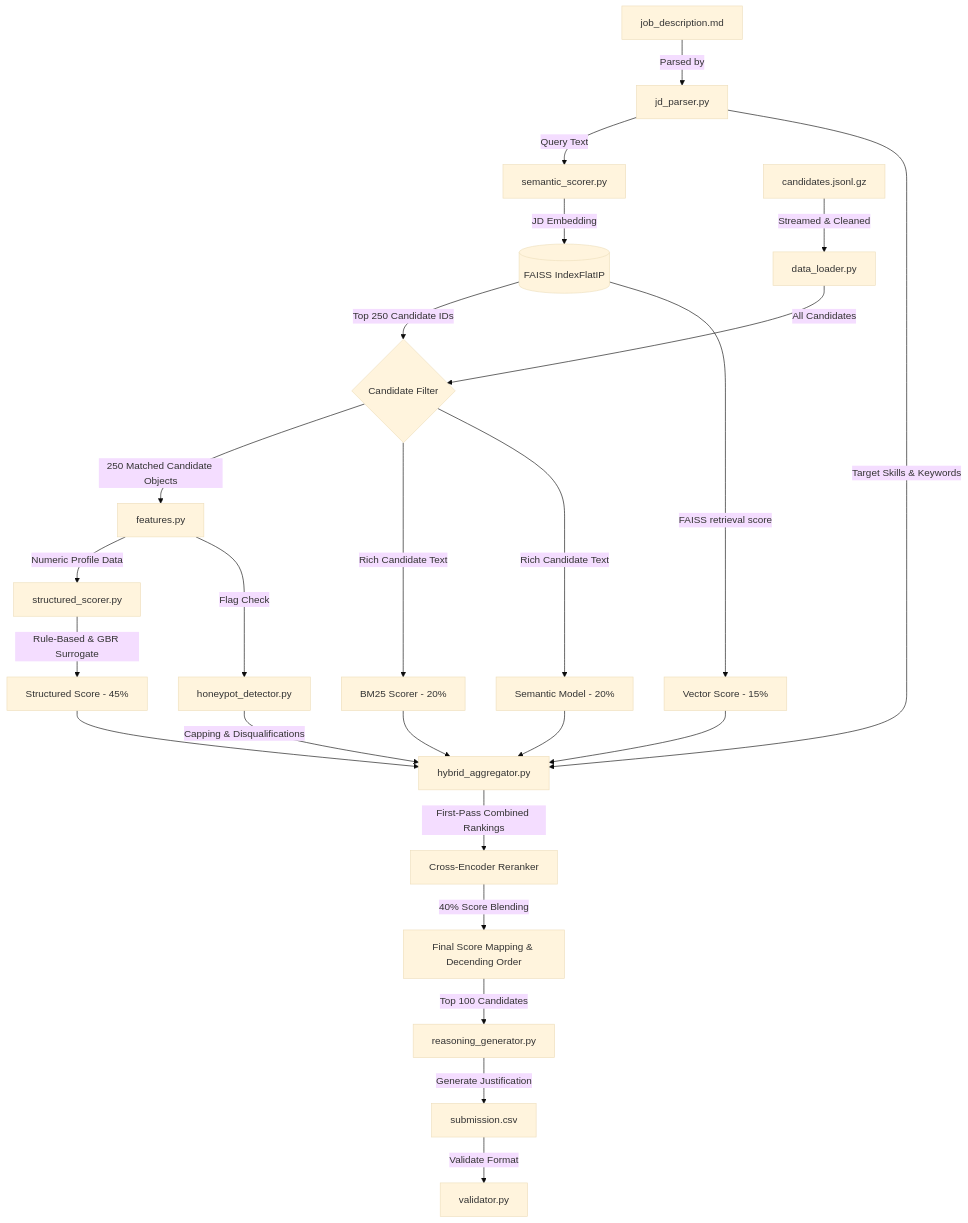
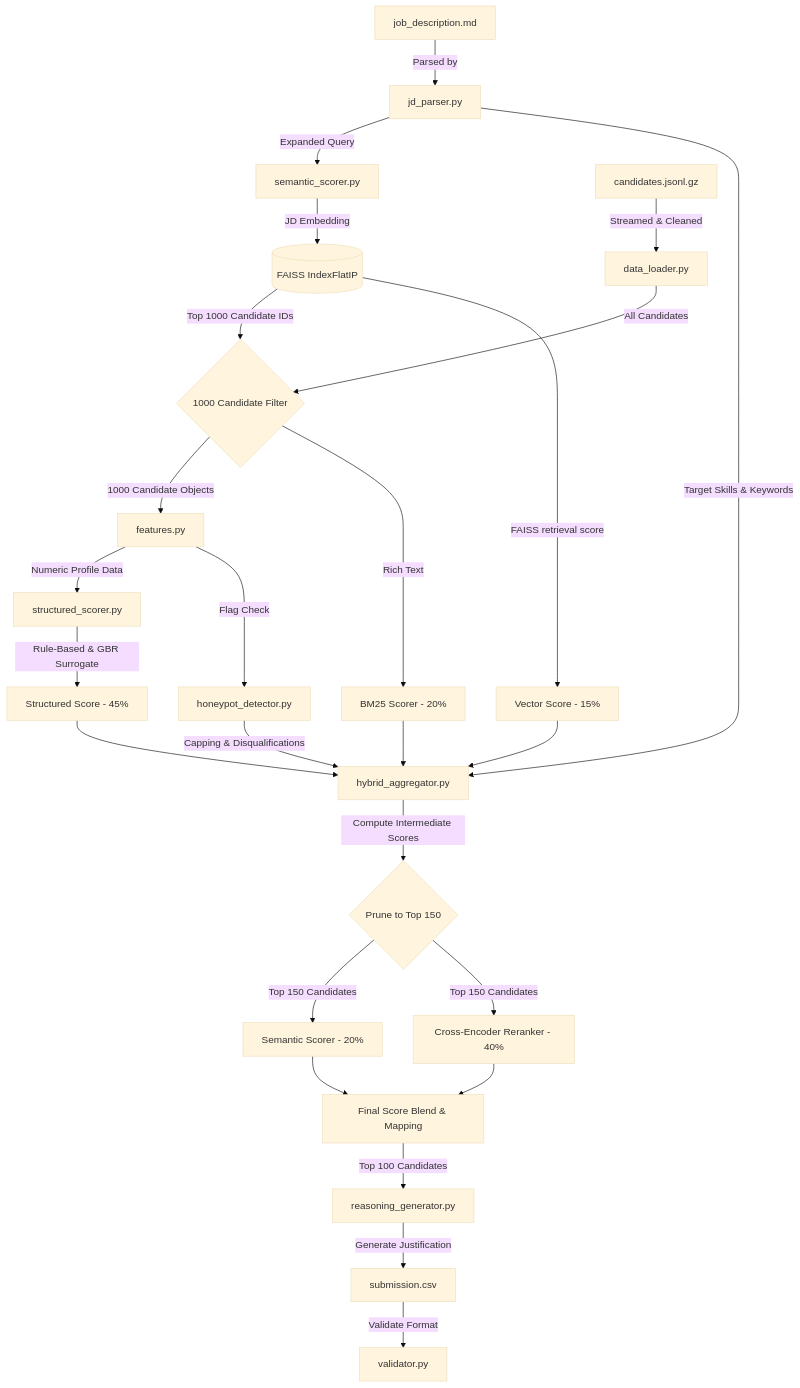
Before and after one commit to GVN2307/IndiaRuns: the diagram in ARCHITECTURE.md, drawn with Mermaid (base theme). The commit also changed 2 other files, not shown here.

Commit message:
Update architecture documentation and add a comprehensive SYSTEM_MANUAL.md

````diff
--- a/ARCHITECTURE.md
+++ b/ARCHITECTURE.md
@@ -37,43 +37,45 @@
 ```mermaid
 graph TD
     JD[job_description.md] --> |Parsed by| JDParser[jd_parser.py]
-    JDParser --> |Query Text| SemScorer[semantic_scorer.py]
+    JDParser --> |Expanded Query| SemScorer[semantic_scorer.py]
     JDParser --> |Target Skills & Keywords| Aggregator[hybrid_aggregator.py]
     
     CandidatesPool[candidates.jsonl.gz] --> |Streamed & Cleaned| DataLoader[data_loader.py]
     
-    %% Retrieval
+    %% First-Pass Retrieval
     SemScorer --> |JD Embedding| FAISS[(FAISS IndexFlatIP)]
-    FAISS --> |Top 250 Candidate IDs| CandidateFilter{Candidate Filter}
+    FAISS --> |Top 1000 Candidate IDs| CandidateFilter{1000 Candidate Filter}
     DataLoader --> |All Candidates| CandidateFilter
     
-    %% Features
-    CandidateFilter --> |250 Matched Candidate Objects| FeatureExtractor[features.py]
-    
-    %% Scoring
+    %% First-Pass Scoring
+    CandidateFilter --> |1000 Candidate Objects| FeatureExtractor[features.py]
     FeatureExtractor --> |Numeric Profile Data| StructuredScorer[structured_scorer.py]
     StructuredScorer --> |Rule-Based & GBR Surrogate| StructuredScore[Structured Score - 45%]
-    
-    CandidateFilter --> |Rich Candidate Text| BM25[BM25 Scorer - 20%]
-    CandidateFilter --> |Rich Candidate Text| SemModel[Semantic Model - 20%]
+    CandidateFilter --> |Rich Text| BM25[BM25 Scorer - 20%]
     FAISS --> |FAISS retrieval score| VectorScore[Vector Score - 15%]
     
-    %% Verification & Modifiers
-    FeatureExtractor --> |Flag Check| Honeypot[honeypot_detector.py]
-    
-    %% Final Aggregator
-    SemModel --> Aggregator
+    %% Intermediate Aggregation
     StructuredScore --> Aggregator
     VectorScore --> Aggregator
     BM25 --> Aggregator
+    
+    %% Honeypot & Disqualifications
+    FeatureExtractor --> |Flag Check| Honeypot[honeypot_detector.py]
     Honeypot --> |Capping & Disqualifications| Aggregator
     
-    %% Reranking
-    Aggregator --> |First-Pass Combined Rankings| CrossEncoder[Cross-Encoder Reranker]
-    CrossEncoder --> |40% Score Blending| FinalRerank[Final Score Mapping & Decending Order]
+    %% Pruning
+    Aggregator --> |Compute Intermediate Scores| Pruner{Prune to Top 150}
+    
+    %% Second-Pass ML Scoring
+    Pruner --> |Top 150 Candidates| SemModel[Semantic Scorer - 20%]
+    Pruner --> |Top 150 Candidates| CrossEncoder[Cross-Encoder Reranker - 40%]
+    
+    %% Final Ranking
+    SemModel --> FinalRerank[Final Score Blend & Mapping]
+    CrossEncoder --> FinalRerank
     
     %% Output
     FinalRerank --> |Top 100 Candidates| Reasoning[reasoning_generator.py]
     Reasoning --> |Generate Justification| Output[submission.csv]
     Output --> |Validate Format| Validator[validator.py]
 ```
````
